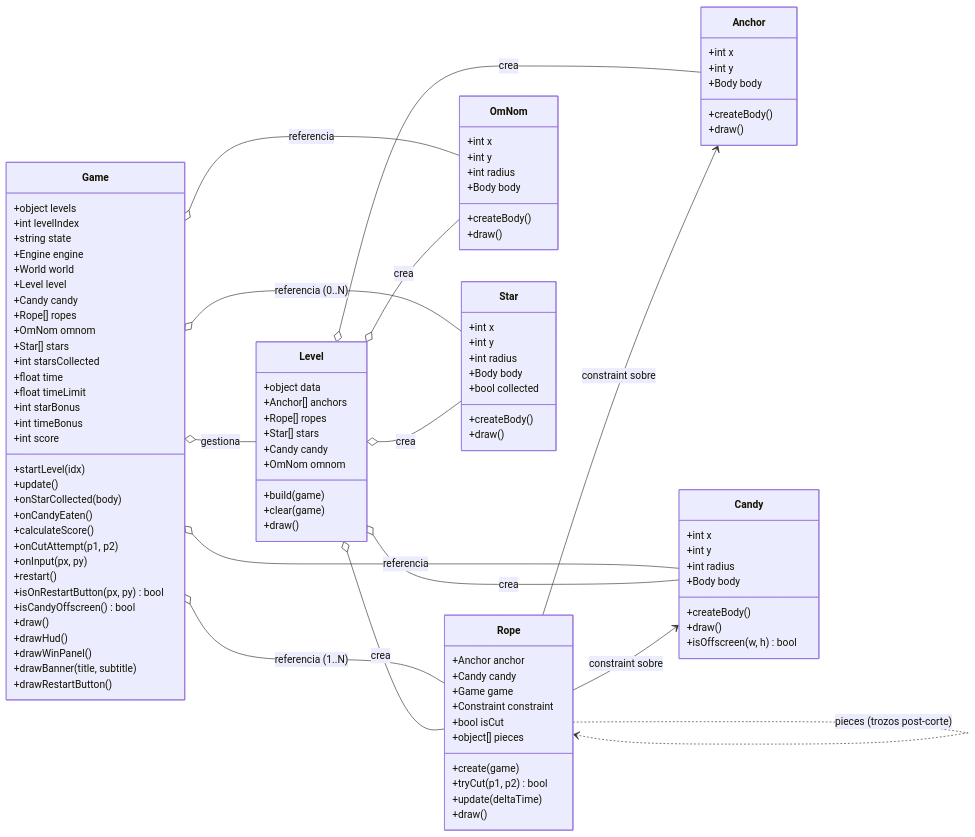
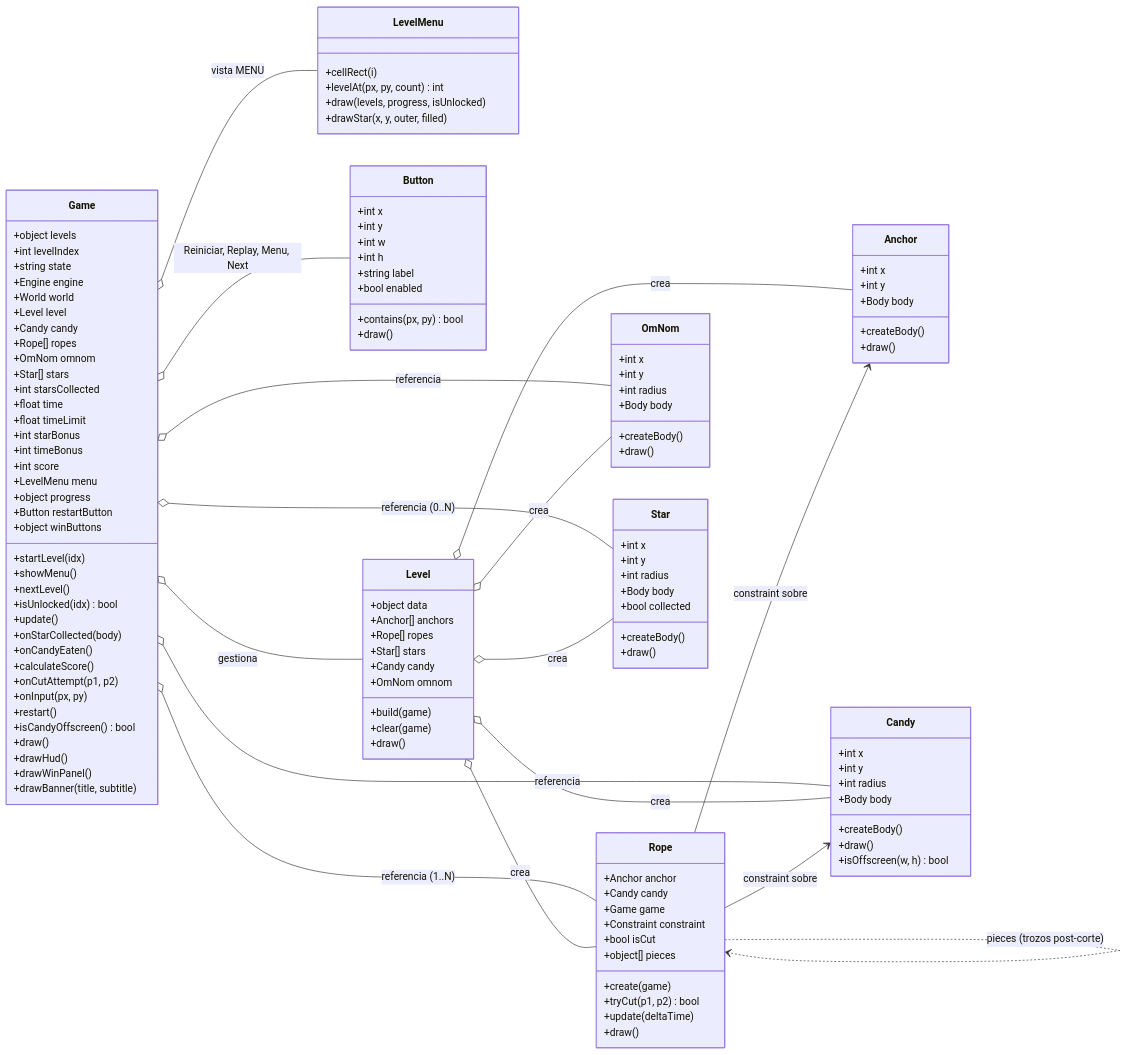
One commit to ShryhakAkizuki/Cut_The_Rope-Visual_Computing_2026-II changed the third of 5 diagrams in docs/arquitectura-mvp.md. Above: the diagram before and after it, drawn with Mermaid. The commit also changed other lines of this file and 6 other files, not shown here.

```diff
--- a/docs/arquitectura-mvp.md
+++ b/docs/arquitectura-mvp.md
@@ -153,7 +163,14 @@
         +int starBonus
         +int timeBonus
         +int score
+        +LevelMenu menu
+        +object progress
+        +Button restartButton
+        +object winButtons
         +startLevel(idx)
+        +showMenu()
+        +nextLevel()
+        +isUnlocked(idx) bool
         +update()
         +onStarCollected(body)
         +onCandyEaten()
@@ -161,13 +178,29 @@
         +onCutAttempt(p1, p2)
         +onInput(px, py)
         +restart()
-        +isOnRestartButton(px, py) bool
         +isCandyOffscreen() bool
         +draw()
         +drawHud()
         +drawWinPanel()
         +drawBanner(title, subtitle)
-        +drawRestartButton()
+    }
+
+    class LevelMenu {
+        +cellRect(i)
+        +levelAt(px, py, count) int
+        +draw(levels, progress, isUnlocked)
+        +drawStar(x, y, outer, filled)
+    }
+
+    class Button {
+        +int x
+        +int y
+        +int w
+        +int h
+        +string label
+        +bool enabled
+        +contains(px, py) bool
+        +draw()
     }
 
     class Level {
@@ -237,6 +270,8 @@
     Game o-- Rope : referencia (1..N)
     Game o-- OmNom : referencia
     Game o-- Star : referencia (0..N)
+    Game o-- LevelMenu : vista MENU
+    Game o-- Button : Reiniciar, Replay, Menu, Next
     Level o-- Anchor : crea
     Level o-- Rope : crea
     Level o-- Candy : crea
```
